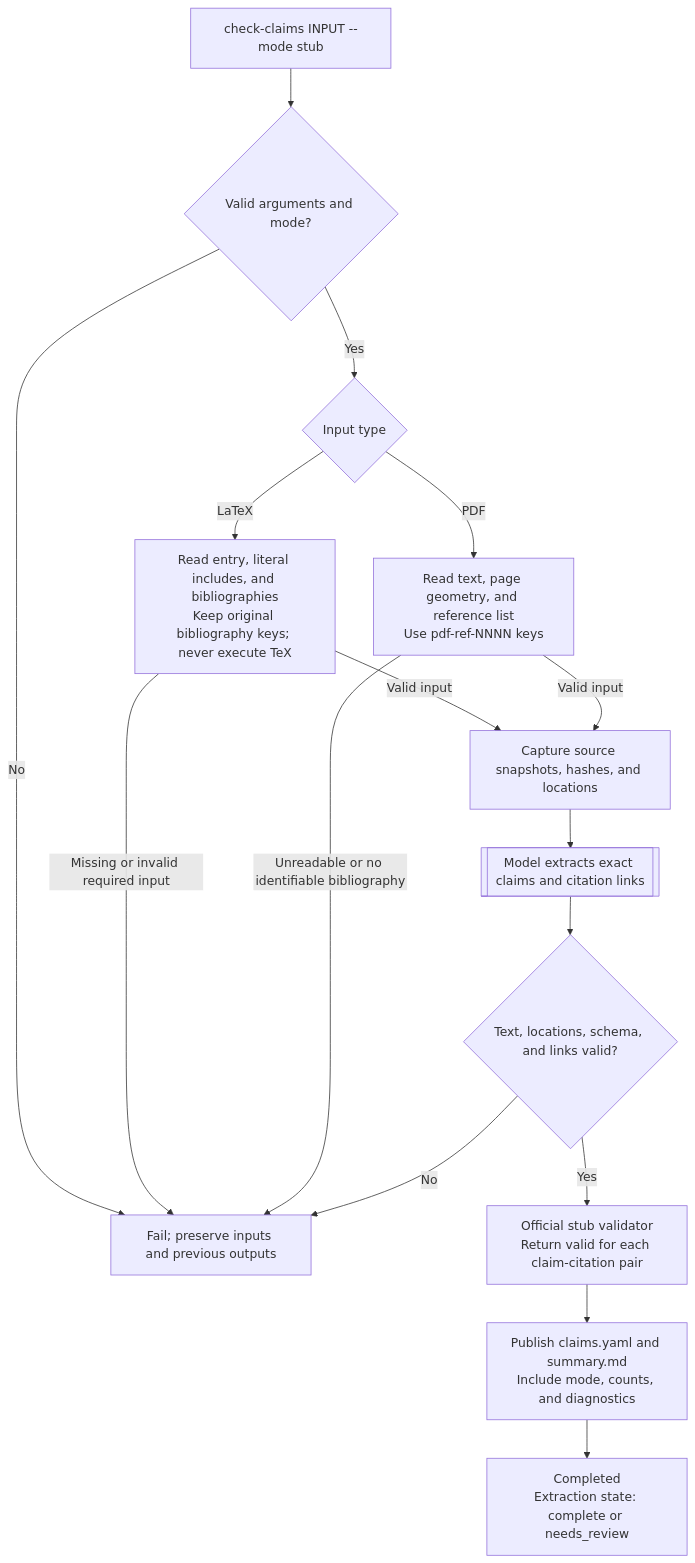
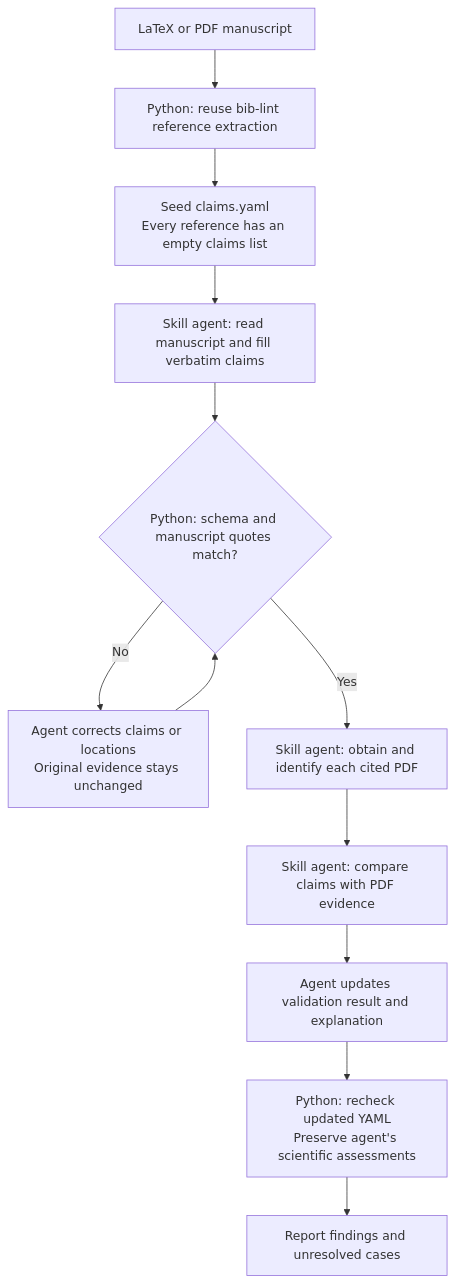
One commit to Am1n3e/sciskill changed the first of 2 diagrams in SPEC-bib-claim-extraction.md. Above: the diagram before and after it, drawn with Mermaid. The commit also changed other lines of this file and 21 other files, not shown here.

Commit message:
Make citation claim extraction and comparison skill-owned

````diff
--- a/SPEC-bib-claim-extraction.md
+++ b/SPEC-bib-claim-extraction.md
@@ -64,18 +52,14 @@
 ```mermaid
 flowchart TD
-    Start["check-claims INPUT --mode stub"] --> Args{"Valid arguments and mode?"}
-    Args -->|No| Fail["Fail; preserve inputs and previous outputs"]
-    Args -->|Yes| Kind{"Input type"}
-    Kind -->|LaTeX| Tex["Read entry, literal includes, and bibliographies<br/>Keep original bibliography keys; never execute TeX"]
-    Kind -->|PDF| Pdf["Read text, page geometry, and reference list<br/>Use pdf-ref-NNNN keys"]
-    Tex -->|Valid input| Snap["Capture source snapshots, hashes, and locations"]
-    Pdf -->|Valid input| Snap
-    Tex -->|Missing or invalid required input| Fail
-    Pdf -->|Unreadable or no identifiable bibliography| Fail
-    Snap --> Extract[["Model extracts exact claims and citation links"]]
-    Extract --> Check{"Text, locations, schema, and links valid?"}
-    Check -->|No| Fail
-    Check -->|Yes| Stub["Official stub validator<br/>Return valid for each claim-citation pair"]
-    Stub --> Save["Publish claims.yaml and summary.md<br/>Include mode, counts, and diagnostics"]
-    Save --> Done["Completed<br/>Extraction state: complete or needs_review"]
+    Input["LaTeX or PDF manuscript"] --> Refs["Python: reuse bib-lint reference extraction"]
+    Refs --> Seed["Seed claims.yaml<br/>Every reference has an empty claims list"]
+    Seed --> Fill["Skill agent: read manuscript and fill verbatim claims"]
+    Fill --> Check{"Python: schema and manuscript quotes match?"}
+    Check -->|No| Correct["Agent corrects claims or locations<br/>Original evidence stays unchanged"]
+    Correct --> Check
+    Check -->|Yes| PDFs["Skill agent: obtain and identify each cited PDF"]
+    PDFs --> Compare["Skill agent: compare claims with PDF evidence"]
+    Compare --> Update["Agent updates validation result and explanation"]
+    Update --> Final["Python: recheck updated YAML<br/>Preserve agent's scientific assessments"]
+    Final --> Report["Report findings and unresolved cases"]
 ```
````
